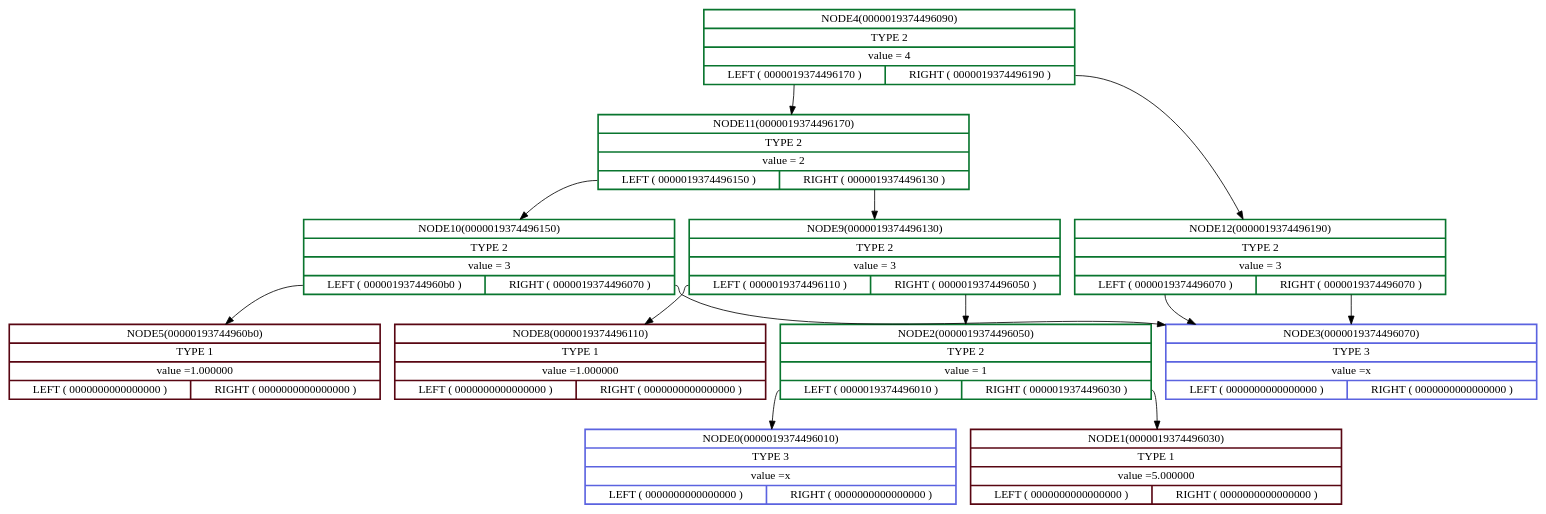
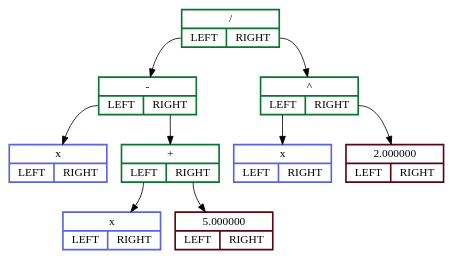
One commit to MalishTulen/DIFFIRER changed the diagram in dot_file.dot. Above: the diagram before and after it, drawn with Graphviz. The commit also changed 9 other files, not shown here.

```diff
--- a/dot_file.dot
+++ b/dot_file.dot
@@ -1,26 +1,20 @@
 digraph data{
 rankdir = TB;
-node0000019374496010[ shape = record,style = bold, color = "#5b63e0", penwidth = 2.0, label = " {<f0> NODE0(0000019374496010) | <f1> TYPE 3 | <f2> value =x | { <f3> LEFT ( 0000000000000000 ) | <f4> RIGHT ( 0000000000000000 ) } } "];
-node0000019374496030[ shape = record, style = bold, color = "#580612", label = " {<f0> NODE1(0000019374496030) | <f1> TYPE 1 | <f2> value =5.000000 | { <f3> LEFT ( 0000000000000000 ) | <f4> RIGHT ( 0000000000000000 ) } } "];
-node0000019374496050[ shape = record,style = bold, color = "#09752e", label = " {<f0> NODE2(0000019374496050) | <f1> TYPE 2 | <f2> value = 1 | { <f3> LEFT ( 0000019374496010 ) | <f4> RIGHT ( 0000019374496030 ) } } "];
-node0000019374496070[ shape = record,style = bold, color = "#5b63e0", penwidth = 2.0, label = " {<f0> NODE3(0000019374496070) | <f1> TYPE 3 | <f2> value =x | { <f3> LEFT ( 0000000000000000 ) | <f4> RIGHT ( 0000000000000000 ) } } "];
-node0000019374496090[ shape = record,style = bold, color = "#09752e", label = " {<f0> NODE4(0000019374496090) | <f1> TYPE 2 | <f2> value = 4 | { <f3> LEFT ( 0000019374496170 ) | <f4> RIGHT ( 0000019374496190 ) } } "];
-node00000193744960b0[ shape = record, style = bold, color = "#580612", label = " {<f0> NODE5(00000193744960b0) | <f1> TYPE 1 | <f2> value =1.000000 | { <f3> LEFT ( 0000000000000000 ) | <f4> RIGHT ( 0000000000000000 ) } } "];
-node0000019374496110[ shape = record, style = bold, color = "#580612", label = " {<f0> NODE8(0000019374496110) | <f1> TYPE 1 | <f2> value =1.000000 | { <f3> LEFT ( 0000000000000000 ) | <f4> RIGHT ( 0000000000000000 ) } } "];
-node0000019374496130[ shape = record,style = bold, color = "#09752e", label = " {<f0> NODE9(0000019374496130) | <f1> TYPE 2 | <f2> value = 3 | { <f3> LEFT ( 0000019374496110 ) | <f4> RIGHT ( 0000019374496050 ) } } "];
-node0000019374496150[ shape = record,style = bold, color = "#09752e", label = " {<f0> NODE10(0000019374496150) | <f1> TYPE 2 | <f2> value = 3 | { <f3> LEFT ( 00000193744960b0 ) | <f4> RIGHT ( 0000019374496070 ) } } "];
-node0000019374496170[ shape = record,style = bold, color = "#09752e", label = " {<f0> NODE11(0000019374496170) | <f1> TYPE 2 | <f2> value = 2 | { <f3> LEFT ( 0000019374496150 ) | <f4> RIGHT ( 0000019374496130 ) } } "];
-node0000019374496190[ shape = record,style = bold, color = "#09752e", label = " {<f0> NODE12(0000019374496190) | <f1> TYPE 2 | <f2> value = 3 | { <f3> LEFT ( 0000019374496070 ) | <f4> RIGHT ( 0000019374496070 ) } } "];
-node0000019374496090:<f3>->node0000019374496170
-node0000019374496170:<f3>->node0000019374496150
-node0000019374496150:<f3>->node00000193744960b0
-node0000019374496150:<f4>->node0000019374496070
-node0000019374496170:<f4>->node0000019374496130
-node0000019374496130:<f3>->node0000019374496110
-node0000019374496130:<f4>->node0000019374496050
-node0000019374496050:<f3>->node0000019374496010
-node0000019374496050:<f4>->node0000019374496030
-node0000019374496090:<f4>->node0000019374496190
-node0000019374496190:<f3>->node0000019374496070
-node0000019374496190:<f4>->node0000019374496070
+node00000125cb726010[ shape = record,style = bold, color = "#5b63e0", penwidth = 2.0, label = " { <f2> x | { <f3> LEFT | <f4> RIGHT } } "];
+node00000125cb726030[ shape = record, style = bold, color = "#580612", label = " { <f2> 5.000000 | { <f3> LEFT | <f4> RIGHT } } "];
+node00000125cb726090[ shape = record,style = bold, color = "#09752e", label = " { <f2> / | { <f3> LEFT | <f4> RIGHT } } "];
+node00000125cb726130[ shape = record,style = bold, color = "#5b63e0", penwidth = 2.0, label = " { <f2> x | { <f3> LEFT | <f4> RIGHT } } "];
+node00000125cb726150[ shape = record,style = bold, color = "#09752e", label = " { <f2> + | { <f3> LEFT | <f4> RIGHT } } "];
+node00000125cb726170[ shape = record,style = bold, color = "#5b63e0", penwidth = 2.0, label = " { <f2> x | { <f3> LEFT | <f4> RIGHT } } "];
+node00000125cb726190[ shape = record,style = bold, color = "#09752e", label = " { <f2> - | { <f3> LEFT | <f4> RIGHT } } "];
+node00000125cb7261b0[ shape = record, style = bold, color = "#580612", label = " { <f2> 2.000000 | { <f3> LEFT | <f4> RIGHT } } "];
+node00000125cb7261d0[ shape = record,style = bold, color = "#09752e", label = " { <f2> ^ | { <f3> LEFT | <f4> RIGHT } } "];
+node00000125cb726090:<f3>->node00000125cb726190
+node00000125cb726190:<f3>->node00000125cb726170
+node00000125cb726190:<f4>->node00000125cb726150
+node00000125cb726150:<f3>->node00000125cb726010
+node00000125cb726150:<f4>->node00000125cb726030
+node00000125cb726090:<f4>->node00000125cb7261d0
+node00000125cb7261d0:<f3>->node00000125cb726130
+node00000125cb7261d0:<f4>->node00000125cb7261b0
 }
```
